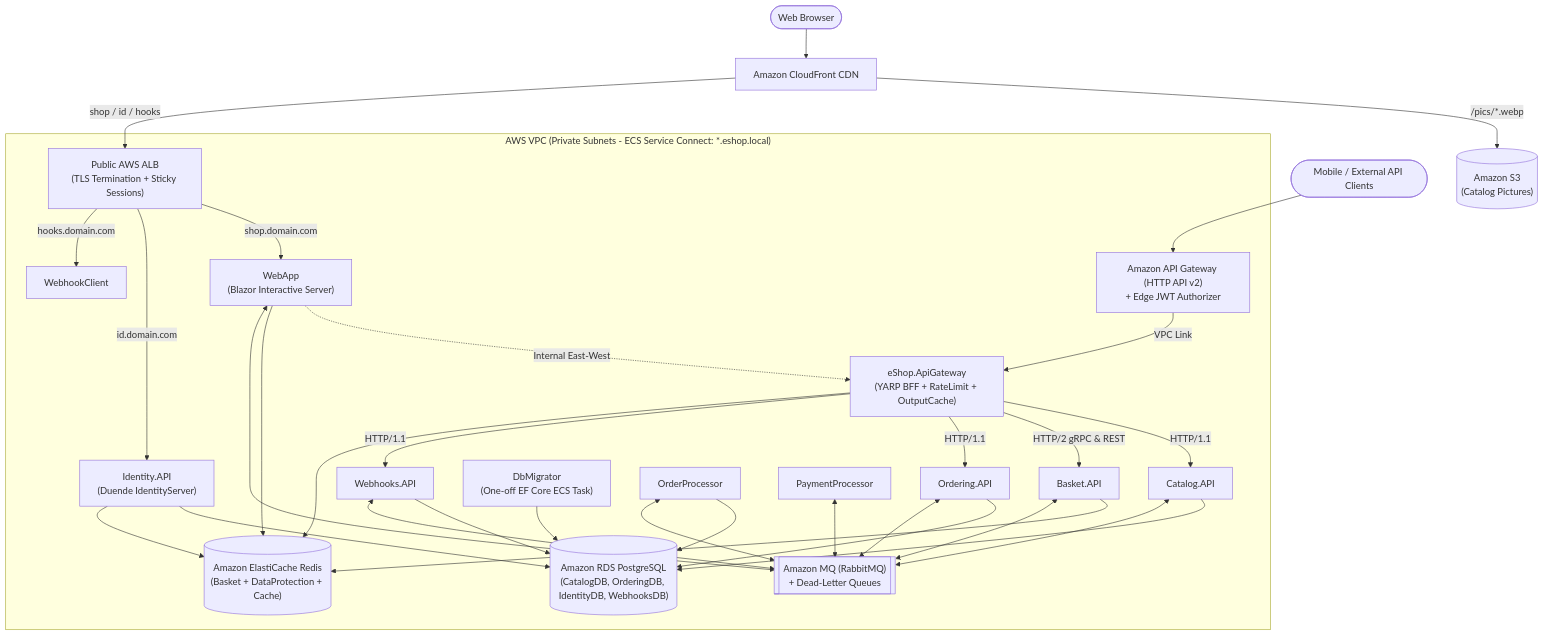
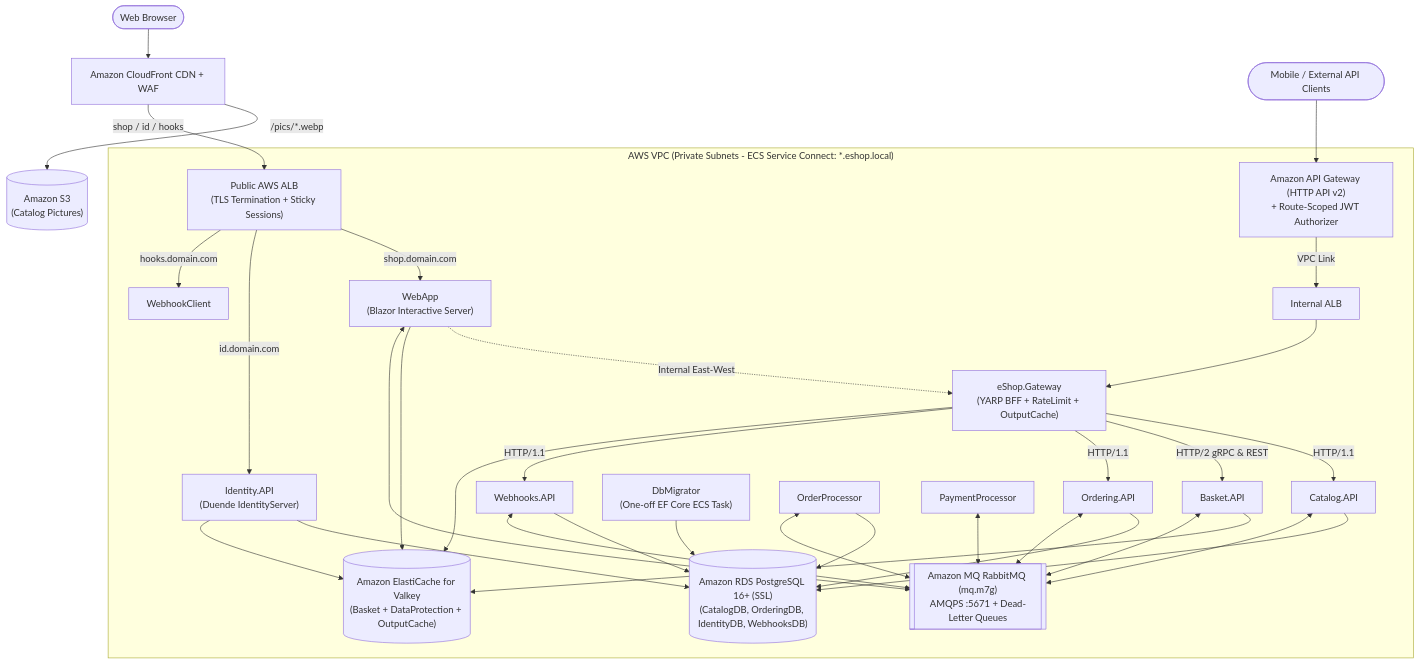
The diagram in plans/aws-migration-plan.md (ngnviethoang/eShop), drawn with Mermaid before and after one commit. The commit also changed other lines of this file and 6 other files, not shown here.

Commit message:
docs: add architecture docs, agent guide, and update aws plans

````diff
--- a/plans/aws-migration-plan.md
+++ b/plans/aws-migration-plan.md
@@ -43,27 +43,27 @@
 ```mermaid
 flowchart TD
-    Browser(["Web Browser"]) --> CF["Amazon CloudFront CDN"]
-    Mobile(["Mobile / External API Clients"]) --> APIGW["Amazon API Gateway (HTTP API v2)<br/>+ Edge JWT Authorizer"]
+    Browser(["Web Browser"]) --> CF["Amazon CloudFront CDN + WAF"]
+    Mobile(["Mobile / External API Clients"]) --> APIGW["Amazon API Gateway (HTTP API v2)<br/>+ Route-Scoped JWT Authorizer"]
 
     CF -->|"/pics/*.webp"| S3[("Amazon S3<br/>(Catalog Pictures)")]
     CF -->|"shop / id / hooks"| ALB["Public AWS ALB<br/>(TLS Termination + Sticky Sessions)"]
 
     subgraph VPC["AWS VPC (Private Subnets - ECS Service Connect: *.eshop.local)"]
         ALB -->|"shop.domain.com"| WebApp["WebApp<br/>(Blazor Interactive Server)"]
         ALB -->|"id.domain.com"| Identity["Identity.API<br/>(Duende IdentityServer)"]
         ALB -->|"hooks.domain.com"| WebhookClient["WebhookClient"]
 
-        APIGW -->|"VPC Link"| YarpGW["eShop.ApiGateway<br/>(YARP BFF + RateLimit + OutputCache)"]
+        APIGW -->|"VPC Link"| IntALB["Internal ALB"] --> YarpGW["eShop.Gateway<br/>(YARP BFF + RateLimit + OutputCache)"]
         WebApp -.->|"Internal East-West"| YarpGW
 
         YarpGW -->|"HTTP/1.1"| Catalog["Catalog.API"]
         YarpGW -->|"HTTP/2 gRPC & REST"| Basket["Basket.API"]
         YarpGW -->|"HTTP/1.1"| Ordering["Ordering.API"]
         YarpGW -->|"HTTP/1.1"| Webhooks["Webhooks.API"]
 
-        Migrator["DbMigrator<br/>(One-off EF Core ECS Task)"] --> RDS[("Amazon RDS PostgreSQL<br/>(CatalogDB, OrderingDB, IdentityDB, WebhooksDB)")]
+        Migrator["DbMigrator<br/>(One-off EF Core ECS Task)"] --> RDS[("Amazon RDS PostgreSQL 16+ (SSL)<br/>(CatalogDB, OrderingDB, IdentityDB, WebhooksDB)")]
         Catalog & Ordering & Identity & Webhooks & OrderProc["OrderProcessor"] --> RDS
-        Basket & WebApp & Identity & YarpGW --> Redis[("Amazon ElastiCache Redis<br/>(Basket + DataProtection + Cache)")]
-        Catalog & Basket & Ordering & Webhooks & WebApp & OrderProc & PayProc["PaymentProcessor"] <--> MQ[["Amazon MQ (RabbitMQ)<br/>+ Dead-Letter Queues"]]
+        Basket & WebApp & Identity & YarpGW --> Redis[("Amazon ElastiCache for Valkey<br/>(Basket + DataProtection + OutputCache)")]
+        Catalog & Basket & Ordering & Webhooks & WebApp & OrderProc & PayProc["PaymentProcessor"] <--> MQ[["Amazon MQ RabbitMQ (mq.m7g)<br/>AMQPS :5671 + Dead-Letter Queues"]]
     end
 ```
````
